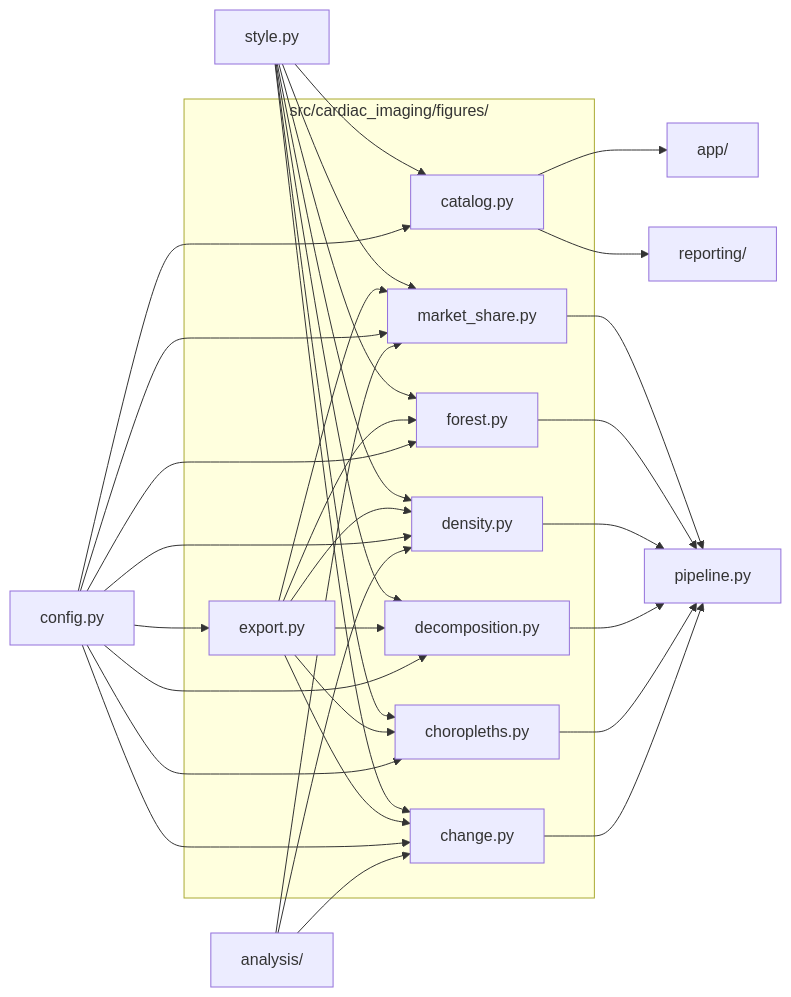
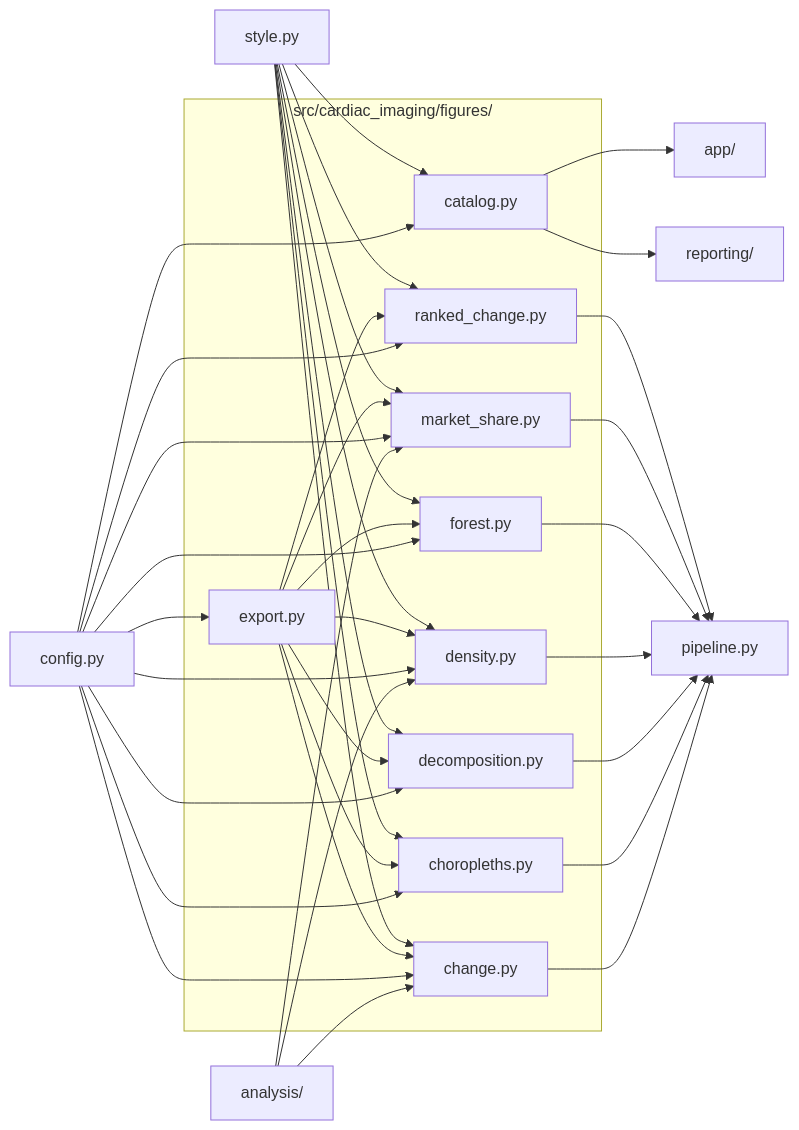
Before and after one commit to drsanjna/cardiac-imaging-medicare: the diagram in src/cardiac_imaging/figures/README.md, drawn with Mermaid. The commit also changed other lines of this file and 14 other files, not shown here.

````diff
--- a/src/cardiac_imaging/figures/README.md
+++ b/src/cardiac_imaging/figures/README.md
@@ -11,51 +11,56 @@
 ```mermaid
 flowchart LR
   subgraph here["src/cardiac_imaging/figures/"]
     n_catalog_py["catalog.py"]
     n_change_py["change.py"]
     n_choropleths_py["choropleths.py"]
     n_decomposition_py["decomposition.py"]
     n_density_py["density.py"]
     n_export_py["export.py"]
     n_forest_py["forest.py"]
     n_market_share_py["market_share.py"]
+    n_ranked_change_py["ranked_change.py"]
   end
   n_analysis_["analysis/"]
   n_app_["app/"]
   n_config_py["config.py"]
   n_pipeline_py["pipeline.py"]
   n_reporting_["reporting/"]
   n_style_py["style.py"]
   n_analysis_ --> n_change_py
   n_analysis_ --> n_density_py
   n_analysis_ --> n_market_share_py
   n_catalog_py --> n_app_
   n_catalog_py --> n_reporting_
   n_change_py --> n_pipeline_py
   n_choropleths_py --> n_pipeline_py
   n_config_py --> n_catalog_py
   n_config_py --> n_change_py
   n_config_py --> n_choropleths_py
   n_config_py --> n_decomposition_py
   n_config_py --> n_density_py
   n_config_py --> n_export_py
   n_config_py --> n_forest_py
   n_config_py --> n_market_share_py
+  n_config_py --> n_ranked_change_py
   n_decomposition_py --> n_pipeline_py
   n_density_py --> n_pipeline_py
   n_export_py --> n_change_py
   n_export_py --> n_choropleths_py
   n_export_py --> n_decomposition_py
   n_export_py --> n_density_py
   n_export_py --> n_forest_py
   n_export_py --> n_market_share_py
+  n_export_py --> n_ranked_change_py
   n_forest_py --> n_pipeline_py
   n_market_share_py --> n_pipeline_py
+  n_ranked_change_py --> n_pipeline_py
   n_style_py --> n_catalog_py
   n_style_py --> n_change_py
   n_style_py --> n_choropleths_py
   n_style_py --> n_decomposition_py
   n_style_py --> n_density_py
   n_style_py --> n_forest_py
   n_style_py --> n_market_share_py
+  n_style_py --> n_ranked_change_py
 ```
````
